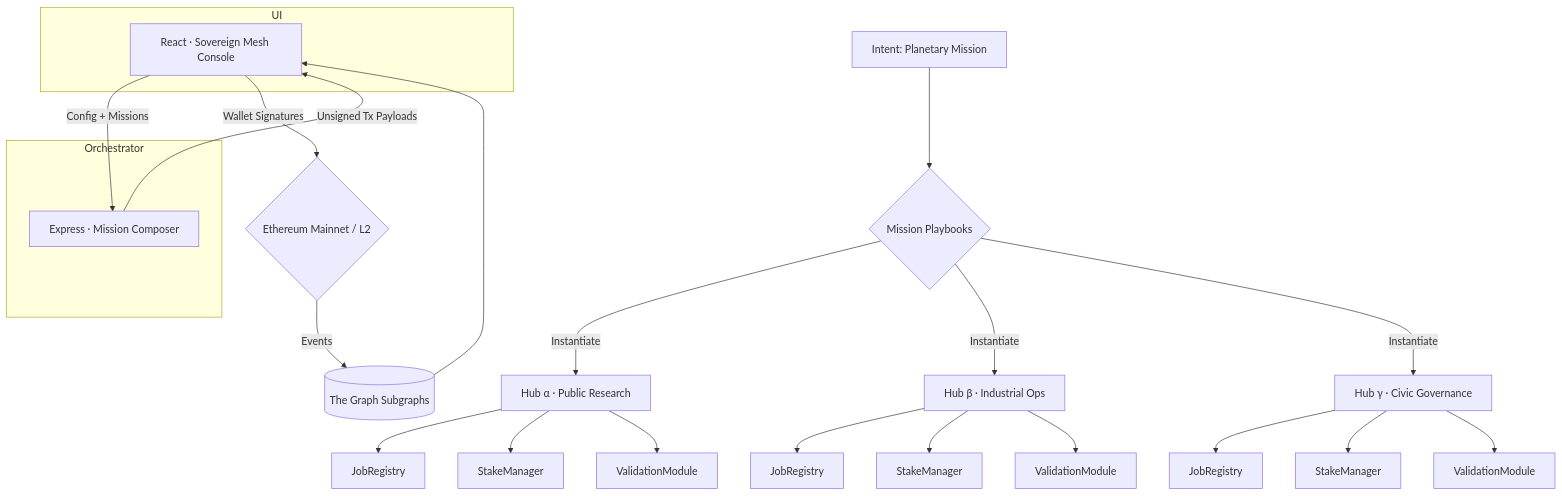
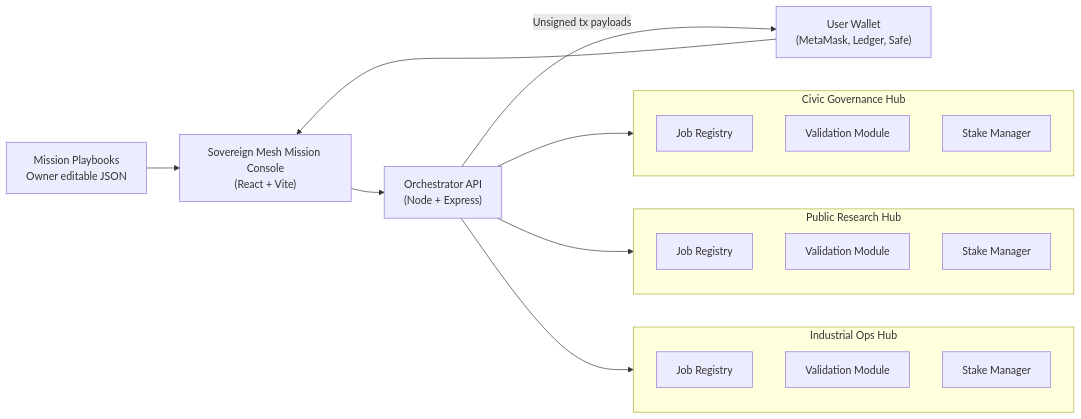
One commit to MontrealAI/AGIJobsv0 changed the diagram in demo/sovereign-mesh/README.md. Above: the diagram before and after it, drawn with Mermaid. The commit also changed other lines of this file and 23 other files, not shown here.

Commit message:
feat: launch sovereign mesh planetary demo

````diff
--- a/demo/sovereign-mesh/README.md
+++ b/demo/sovereign-mesh/README.md
@@ -9,27 +10,26 @@
 ```mermaid
-graph TD
-    A[Intent: Planetary Mission] --> B{Mission Playbooks}
-    B -->|Instantiate| C1[Hub α · Public Research]
-    B -->|Instantiate| C2[Hub β · Industrial Ops]
-    B -->|Instantiate| C3[Hub γ · Civic Governance]
-    C1 --> D1[JobRegistry]
-    C1 --> D2[StakeManager]
-    C1 --> D3[ValidationModule]
-    C2 --> E1[JobRegistry]
-    C2 --> E2[StakeManager]
-    C2 --> E3[ValidationModule]
-    C3 --> F1[JobRegistry]
-    C3 --> F2[StakeManager]
-    C3 --> F3[ValidationModule]
-    subgraph UI
-      U1[React · Sovereign Mesh Console]
-    end
-    subgraph Orchestrator
-      O1[Express · Mission Composer]
-    end
-    U1 -->|Config + Missions| O1
-    O1 -->|Unsigned Tx Payloads| U1
-    U1 -->|Wallet Signatures| ETH{Ethereum Mainnet / L2}
-    ETH -->|Events| SG[(The Graph Subgraphs)]
-    SG --> U1
+flowchart LR
+  subgraph Civic["Civic Governance Hub"]
+    JGC[Job Registry]
+    VGC[Validation Module]
+    SGC[Stake Manager]
+  end
+  subgraph Research["Public Research Hub"]
+    JPR[Job Registry]
+    VPR[Validation Module]
+    SPR[Stake Manager]
+  end
+  subgraph Industrial["Industrial Ops Hub"]
+    JIO[Job Registry]
+    VIO[Validation Module]
+    SIO[Stake Manager]
+  end
+
+  UI["Sovereign Mesh Mission Console\n(React + Vite)"] --> API
+  API["Orchestrator API\n(Node + Express)"] --> Civic
+  API --> Research
+  API --> Industrial
+  Wallet["User Wallet\n(MetaMask, Ledger, Safe)"] --> UI
+  Config["Mission Playbooks\nOwner editable JSON"] --> UI
+  API -->|Unsigned tx payloads| Wallet
 ```
````
